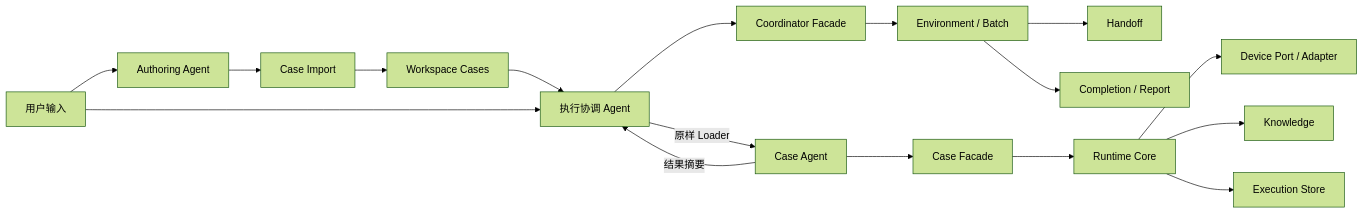
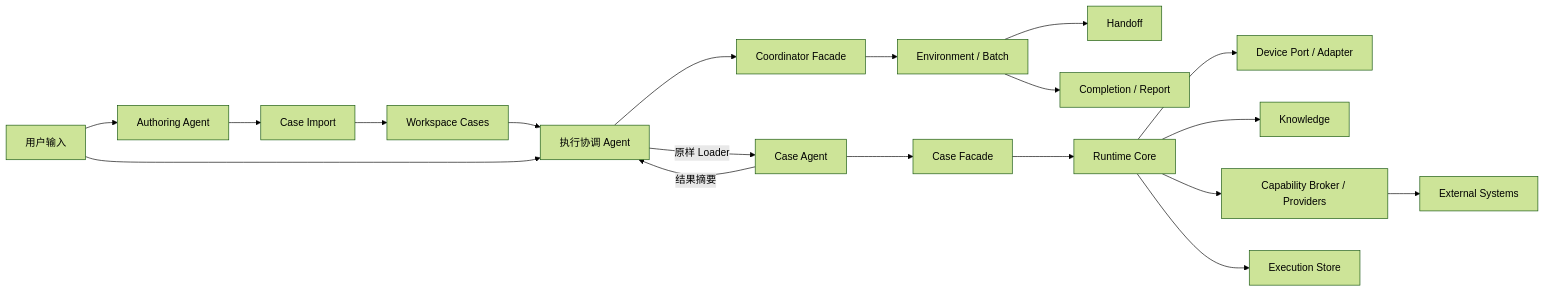
Before and after one commit to lianghuihui-plus/DevKit: the first of 2 diagrams in skills/mobile-ai-visual-test/docs/architecture.md, drawn with Mermaid (forest theme). The commit also changed other lines of this file and 6 other files, not shown here.

Commit message:
docs(mavt): consolidate architecture documentation

````diff
--- a/skills/mobile-ai-visual-test/docs/architecture.md
+++ b/skills/mobile-ai-visual-test/docs/architecture.md
@@ -18,19 +18,21 @@
 ```mermaid
 flowchart LR
   U["用户输入"] --> AU["Authoring Agent"]
   AU --> I["Case Import"]
   I --> W["Workspace Cases"]
   U --> M["执行协调 Agent"]
   W --> M
   M --> CF["Coordinator Facade"]
   CF --> B["Environment / Batch"]
   B --> H["Handoff"]
   M -->|"原样 Loader"| A["Case Agent"]
   A --> RF["Case Facade"]
   RF --> R["Runtime Core"]
   R --> D["Device Port / Adapter"]
   R --> K["Knowledge"]
+  R --> X["Capability Broker / Providers"]
+  X --> E["External Systems"]
   R --> S["Execution Store"]
   A -->|"结果摘要"| M
   B --> P["Completion / Report"]
 ```
````
